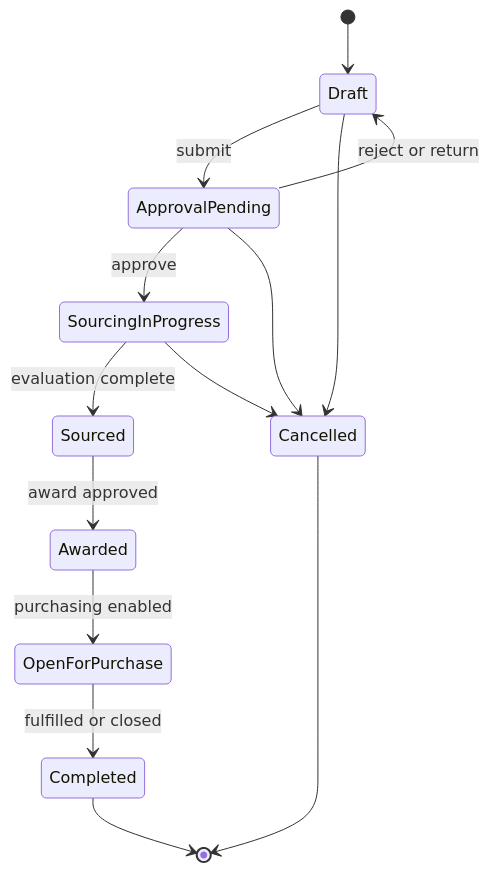
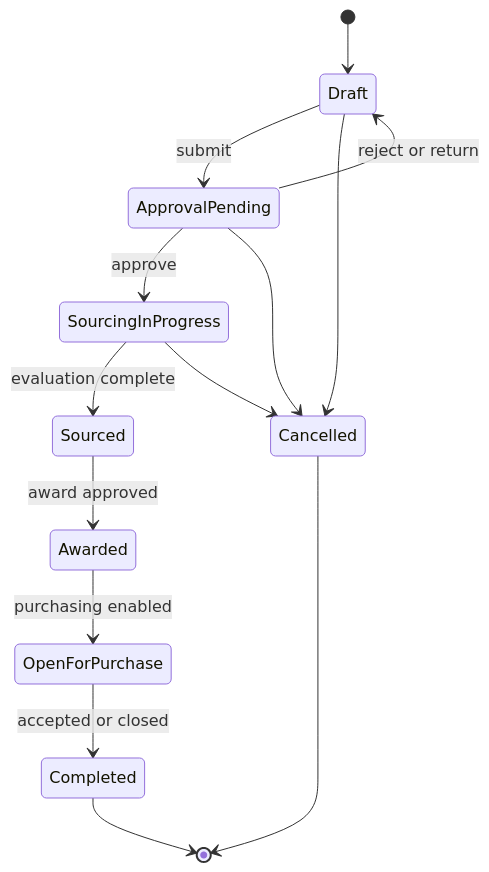
Before and after one commit to summello/xlr8-flo: the fourth of 10 diagrams in docs/requirements.md, drawn with Mermaid. The commit also changed other lines of this file and 7 other files, not shown here.

````diff
--- a/docs/requirements.md
+++ b/docs/requirements.md
@@ -348,16 +348,16 @@
 ```mermaid
 stateDiagram-v2
     [*] --> Draft
     Draft --> ApprovalPending: submit
     ApprovalPending --> Draft: reject or return
     ApprovalPending --> SourcingInProgress: approve
     SourcingInProgress --> Sourced: evaluation complete
     Sourced --> Awarded: award approved
     Awarded --> OpenForPurchase: purchasing enabled
-    OpenForPurchase --> Completed: fulfilled or closed
+    OpenForPurchase --> Completed: accepted or closed
     Draft --> Cancelled
     ApprovalPending --> Cancelled
     SourcingInProgress --> Cancelled
     Completed --> [*]
     Cancelled --> [*]
 ```
````
